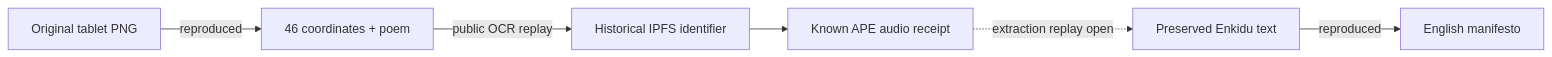
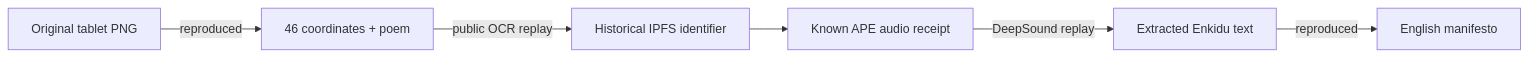
The first of 2 diagrams in docs/VISUAL_GUIDE.md (Xubu-Trad/caw-lab), drawn with Mermaid before and after one commit. The commit also changed other lines of this file and 34 other files, not shown here.

````diff
--- a/docs/VISUAL_GUIDE.md
+++ b/docs/VISUAL_GUIDE.md
@@ -11,8 +11,8 @@
 ```mermaid
 flowchart LR
     A[Original tablet PNG] -->|reproduced| B[46 coordinates + poem]
     B -->|public OCR replay| C[Historical IPFS identifier]
     C --> D[Known APE audio receipt]
-    D -. extraction replay open .-> E[Preserved Enkidu text]
+    D -->|DeepSound replay| E[Extracted Enkidu text]
     E -->|reproduced| F[English manifesto]
 ```
````
